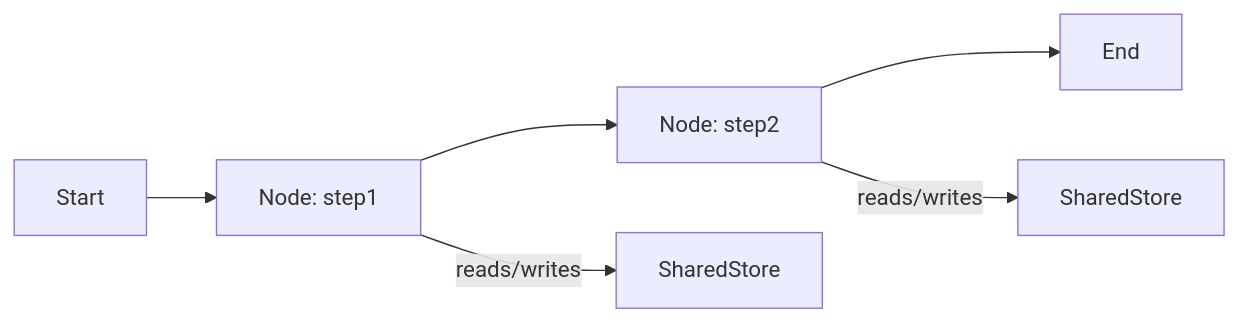
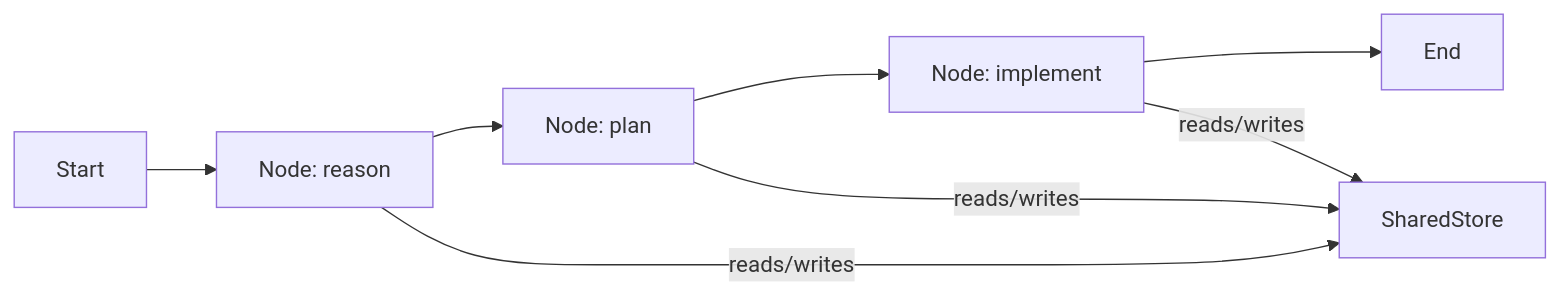
Before and after one commit to EzekTec-Inc/AgentFlow: the third of 11 diagrams in README.md, drawn with Mermaid. The commit also changed other lines of this file and 7 other files, not shown here.

````diff
--- a/README.md
+++ b/README.md
@@ -129,8 +152,10 @@
 ```mermaid
 flowchart LR
-    Start[Start] --> Step1[Node: step1]
-    Step1 --> Step2[Node: step2]
-    Step2 --> End[End]
-    Step1 -- reads/writes --> Store1[SharedStore]
-    Step2 -- reads/writes --> Store2[SharedStore]
+    Start[Start] --> Reason[Node: reason]
+    Reason --> Plan[Node: plan]
+    Plan --> Implement[Node: implement]
+    Implement --> End[End]
+    Reason -- reads/writes --> Store[SharedStore]
+    Plan -- reads/writes --> Store
+    Implement -- reads/writes --> Store
 ```
````
